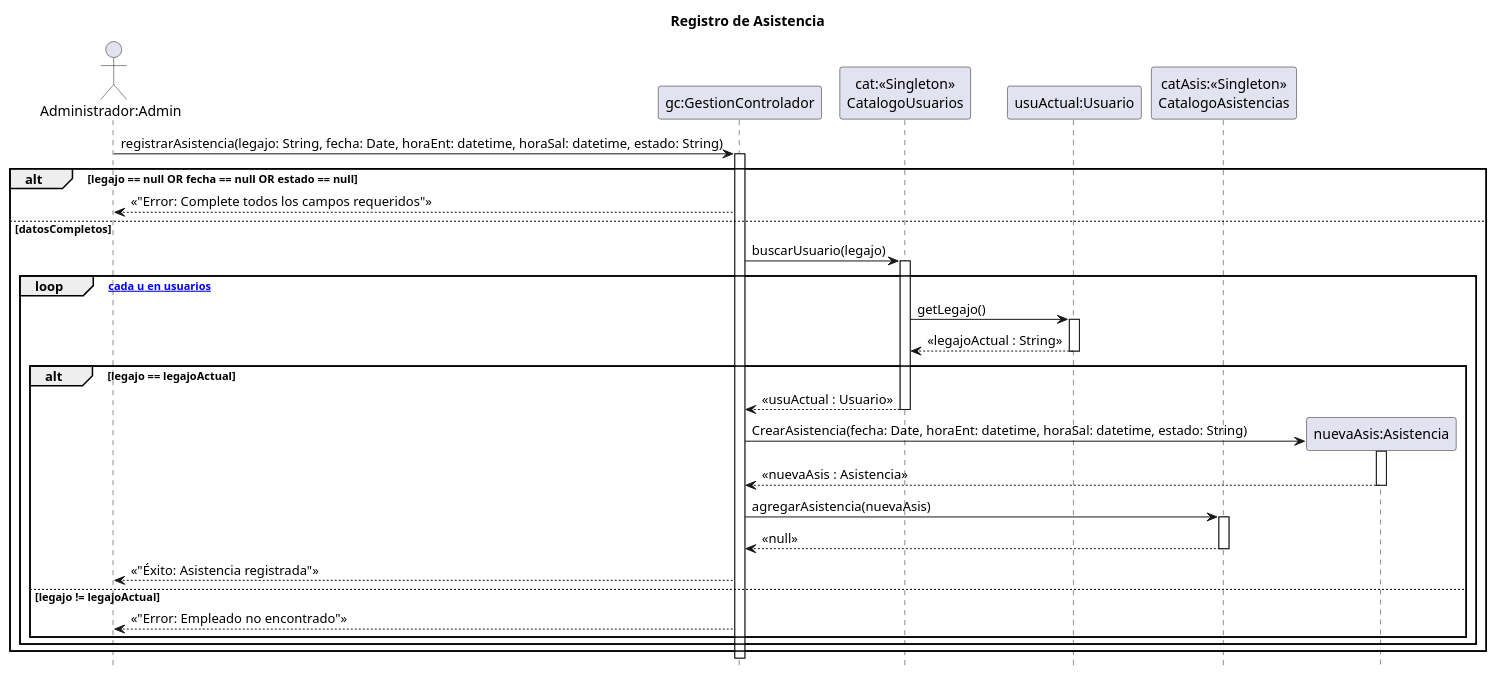
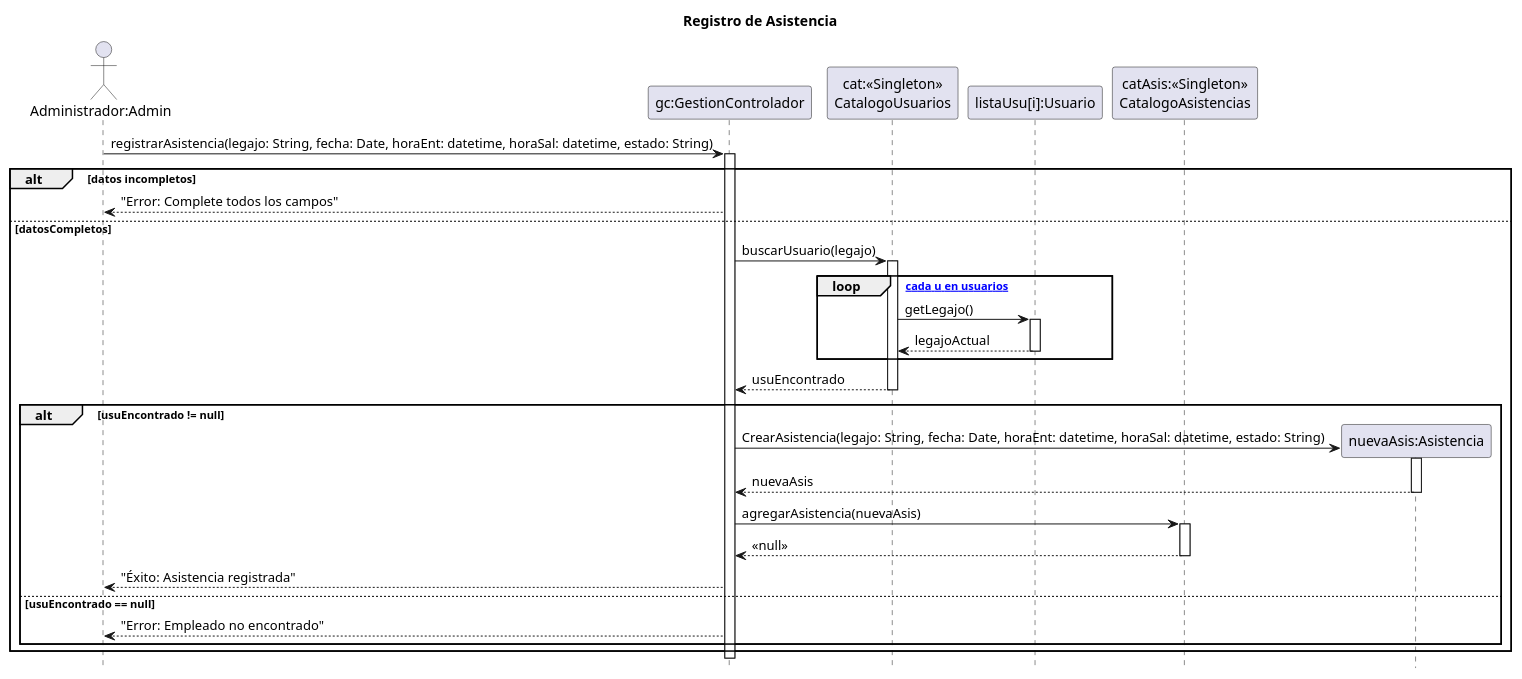
The diagram in 08 - Diagramas de Secuencia de Diseño/AsistenciaEmpleados/asistenciaEmpleados.puml (zEzequR/PF-I), drawn with PlantUML before and after one commit. The commit also changed 1 other file, not shown here.

Commit message:
Asistencia

```diff
--- a/08 - Diagramas de Secuencia de Diseño/AsistenciaEmpleados/asistenciaEmpleados.puml
+++ b/08 - Diagramas de Secuencia de Diseño/AsistenciaEmpleados/asistenciaEmpleados.puml
@@ -1,57 +1,53 @@
 @startuml
 title Registro de Asistencia
 
 hide footbox
 
 actor "Administrador:Admin" as admin
 participant "gc:GestionControlador" as ctrl
 participant "cat:<<Singleton>>\nCatalogoUsuarios" as cat
-participant "usuActual:Usuario" as usu_actual
+participant "listaUsu[i]:Usuario" as item
 participant "catAsis:<<Singleton>>\nCatalogoAsistencias" as cat_asis
 
 admin -> ctrl : registrarAsistencia(legajo: String, fecha: Date, horaEnt: datetime, horaSal: datetime, estado: String)
 activate ctrl
 
-alt legajo == null OR fecha == null OR estado == null
-    ctrl --> admin : << "Error: Complete todos los campos requeridos" >>
-
+alt datos incompletos
+    ctrl --> admin : "Error: Complete todos los campos"
 else datosCompletos
     
     ctrl -> cat : buscarUsuario(legajo)
     activate cat
+    
+    loop [para cada u en usuarios]
+        cat -> item : getLegajo()
+        activate item
+        item --> cat : legajoActual
+        deactivate item
+    end
+    
+    cat --> ctrl : usuEncontrado
+    deactivate cat
+    
+    alt usuEncontrado != null
+        
+        create participant "nuevaAsis:Asistencia" as nueva_asis
+        ctrl -> nueva_asis : CrearAsistencia(legajo: String, fecha: Date, horaEnt: datetime, horaSal: datetime, estado: String)
+        activate nueva_asis
+        nueva_asis --> ctrl : nuevaAsis
+        deactivate nueva_asis
 
-    loop [para cada u en usuarios]
-        cat -> usu_actual : getLegajo()
-        activate usu_actual
-        usu_actual --> cat : << legajoActual : String >>
-        deactivate usu_actual
+        ctrl -> cat_asis : agregarAsistencia(nuevaAsis)
+        activate cat_asis
+        cat_asis --> ctrl : << null >> 
+        deactivate cat_asis
         
-        alt legajo == legajoActual
-            cat --> ctrl : << usuActual : Usuario >>
-            deactivate cat
-            
-            create participant "nuevaAsis:Asistencia" as nueva_asis
-            ctrl -> nueva_asis : CrearAsistencia(fecha: Date, horaEnt: datetime, horaSal: datetime, estado: String)
-            activate nueva_asis
-            nueva_asis --> ctrl : << nuevaAsis : Asistencia >>
-            deactivate nueva_asis
-            
-            ctrl -> cat_asis : agregarAsistencia(nuevaAsis)
-            activate cat_asis
-            cat_asis --> ctrl : << null >>
-            deactivate cat_asis
-            
-            ctrl --> admin : << "Éxito: Asistencia registrada" >>
+        ctrl --> admin : "Éxito: Asistencia registrada"
 
-        else legajo != legajoActual
-
-            deactivate cat
-
-            ctrl --> admin : << "Error: Empleado no encontrado" >>
-            
-        end
+    else usuEncontrado == null
+        ctrl --> admin : "Error: Empleado no encontrado"
     end
 end
 
 deactivate ctrl
 @enduml
```
